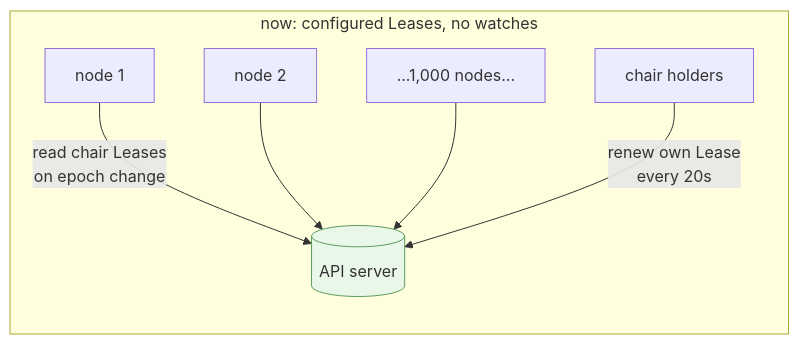
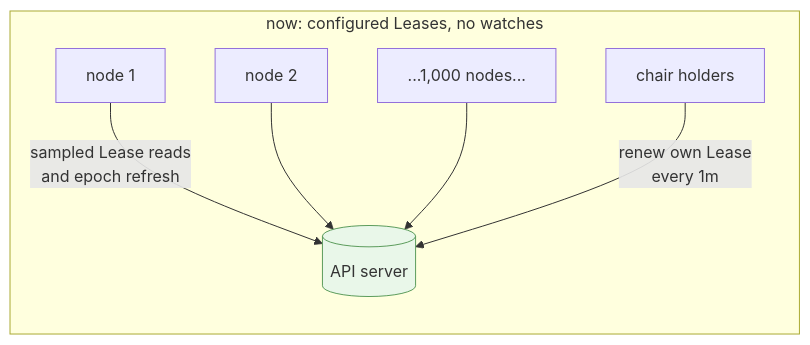
Before and after one commit to Azure/unbounded: the eighth of 9 diagrams in designs/gantry-cold-pull-explained.md, drawn with Mermaid. The commit also changed other lines of this file and 11 other files, not shown here.

Commit message:
gantry: update chair lease duration and renewal period to improve reclamation efficiency

````diff
--- a/designs/gantry-cold-pull-explained.md
+++ b/designs/gantry-cold-pull-explained.md
@@ -292,12 +292,12 @@
 ```mermaid
 flowchart LR
     subgraph after["now: configured Leases, no watches"]
         direction TB
-        B1["node 1"] -->|"read chair Leases<br/>on epoch change"| API2[("API server")]
+        B1["node 1"] -->|"sampled Lease reads<br/>and epoch refresh"| API2[("API server")]
         B2["node 2"] --> API2
         B3["...1,000 nodes..."] --> API2
-        CH["chair holders"] -->|"renew own Lease<br/>every 20s"| API2
+        CH["chair holders"] -->|"renew own Lease<br/>every 1m"| API2
     end
 
     style API2 fill:#e9f7e9,stroke:#5c9c5c
 ```
````
